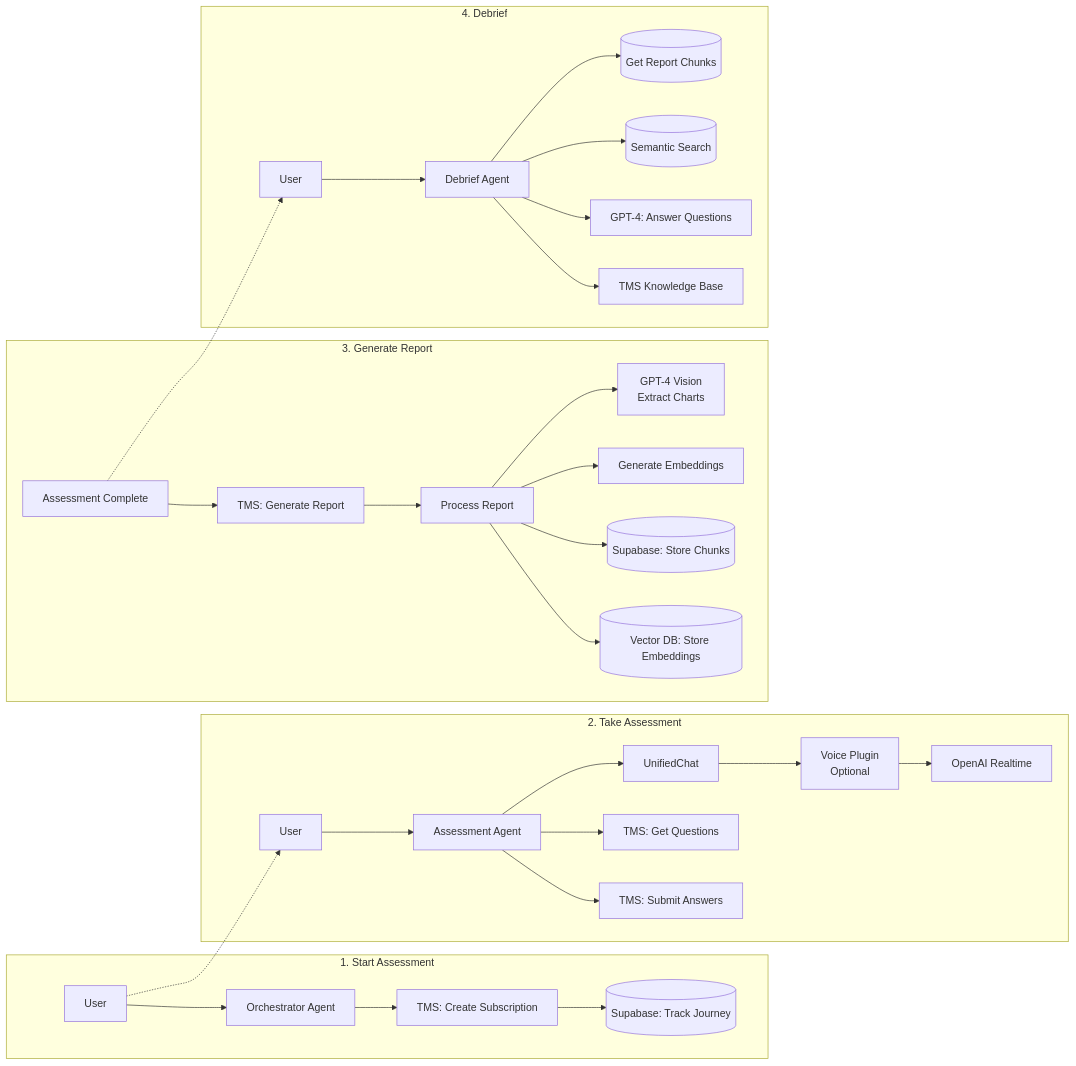
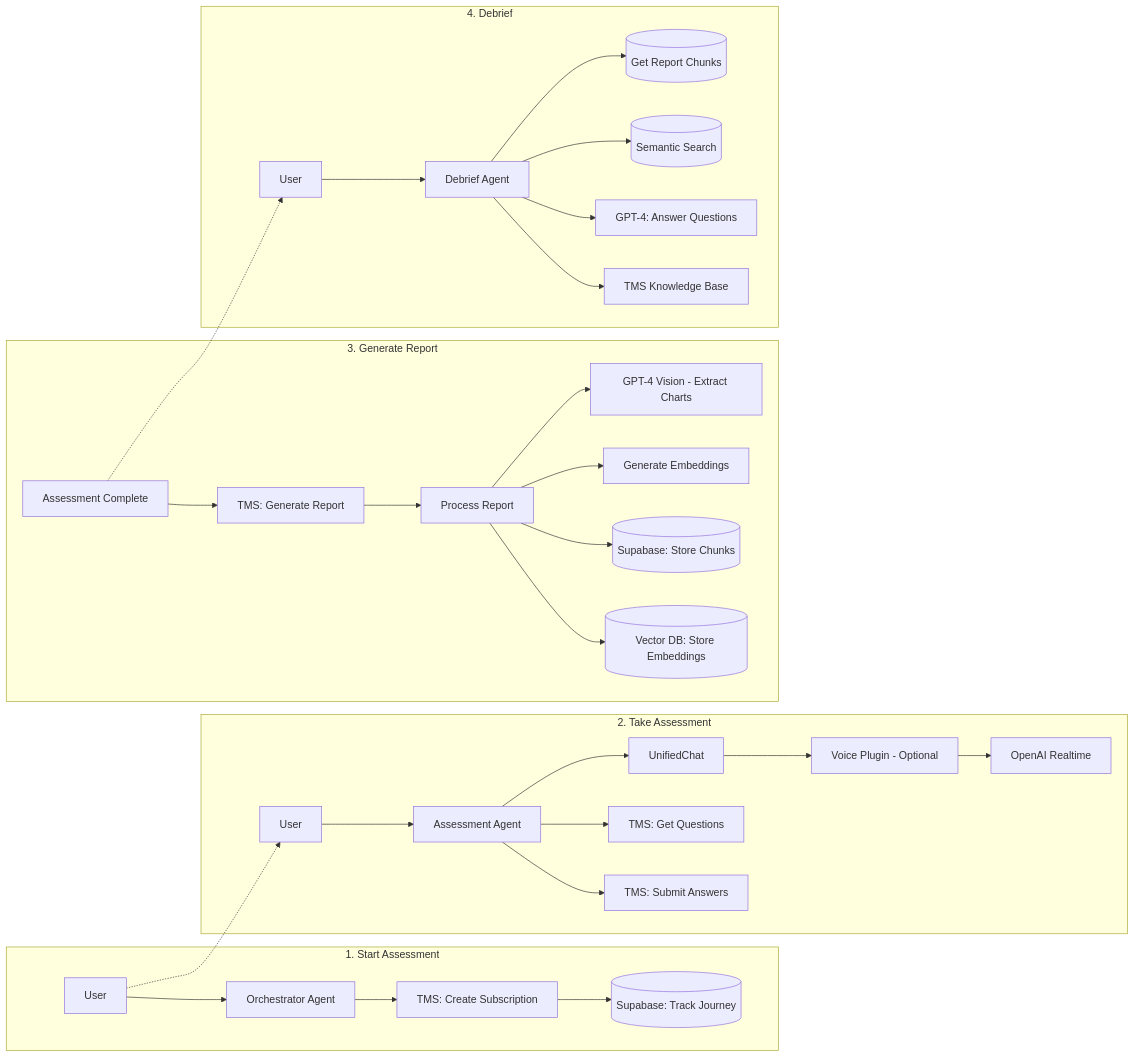
The third of 11 diagrams in docs/tms-api-spec/SYSTEM-ARCHITECTURE.md (tmscoach/teamOS-Agents-Demo), drawn with Mermaid before and after one commit. The commit also changed other lines of this file, not shown here.

First line of the commit message:
fix: Replace HTML br tags in Mermaid diagrams

````diff
--- a/docs/tms-api-spec/SYSTEM-ARCHITECTURE.md
+++ b/docs/tms-api-spec/SYSTEM-ARCHITECTURE.md
@@ -129,37 +129,37 @@
 ```mermaid
 graph LR
     subgraph "1. Start Assessment"
         U1[User] --> O1[Orchestrator Agent]
         O1 --> TMS1[TMS: Create Subscription]
         TMS1 --> DB1[(Supabase: Track Journey)]
     end
     
     subgraph "2. Take Assessment"
         U2[User] --> AA[Assessment Agent]
         AA --> UC[UnifiedChat]
-        UC --> Voice[Voice Plugin<br/>Optional]
+        UC --> Voice[Voice Plugin - Optional]
         AA --> TMS2[TMS: Get Questions]
         AA --> TMS3[TMS: Submit Answers]
         Voice --> RT[OpenAI Realtime]
     end
     
     subgraph "3. Generate Report"
         Complete[Assessment Complete] --> TMS4[TMS: Generate Report]
         TMS4 --> Process[Process Report]
-        Process --> Vision[GPT-4 Vision<br/>Extract Charts]
+        Process --> Vision[GPT-4 Vision - Extract Charts]
         Process --> Embed[Generate Embeddings]
         Process --> DB2[(Supabase: Store Chunks)]
         Process --> Vec[(Vector DB: Store Embeddings)]
     end
     
     subgraph "4. Debrief"
         U3[User] --> DA[Debrief Agent]
         DA --> DB3[(Get Report Chunks)]
         DA --> Vec2[(Semantic Search)]
         DA --> GPT[GPT-4: Answer Questions]
         DA --> KB[TMS Knowledge Base]
     end
     
     U1 -.-> U2
     Complete -.-> U3
 ```
````
